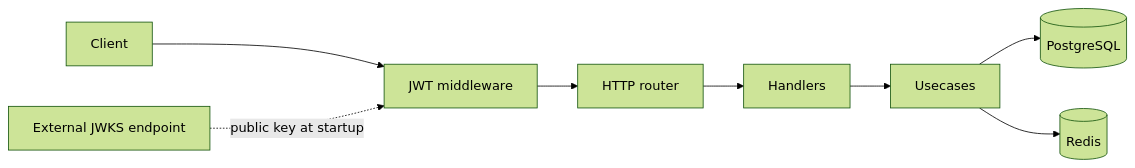
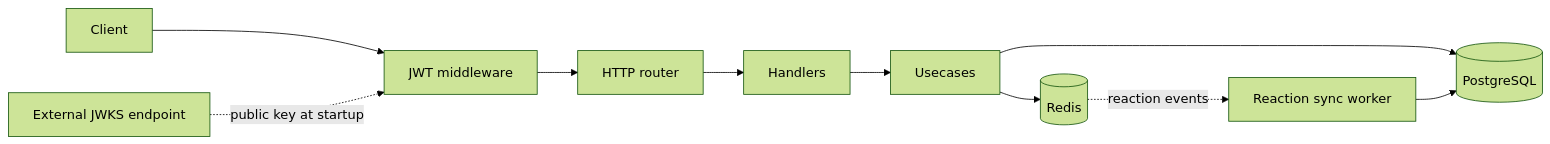
Before and after one commit to hIKipau/post-service: the diagram in README.md, drawn with Mermaid (forest theme). The commit also changed other lines of this file and 4 other files, not shown here.

````diff
--- a/README.md
+++ b/README.md
@@ -37,10 +38,12 @@
 ```mermaid
 flowchart LR
     Client["Client"] --> Auth["JWT middleware"]
     Auth --> Router["HTTP router"]
     Router --> Handler["Handlers"]
     Handler --> Usecase["Usecases"]
     Usecase --> PG[("PostgreSQL")]
     Usecase --> Redis[("Redis")]
+    Redis -. "reaction events" .-> Sync["Reaction sync worker"]
+    Sync --> PG
     JWKS["External JWKS endpoint"] -. "public key at startup" .-> Auth
 ```
````
